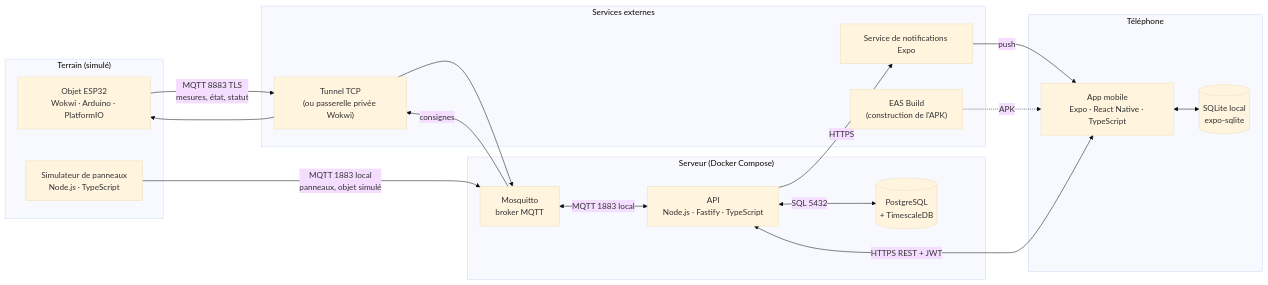
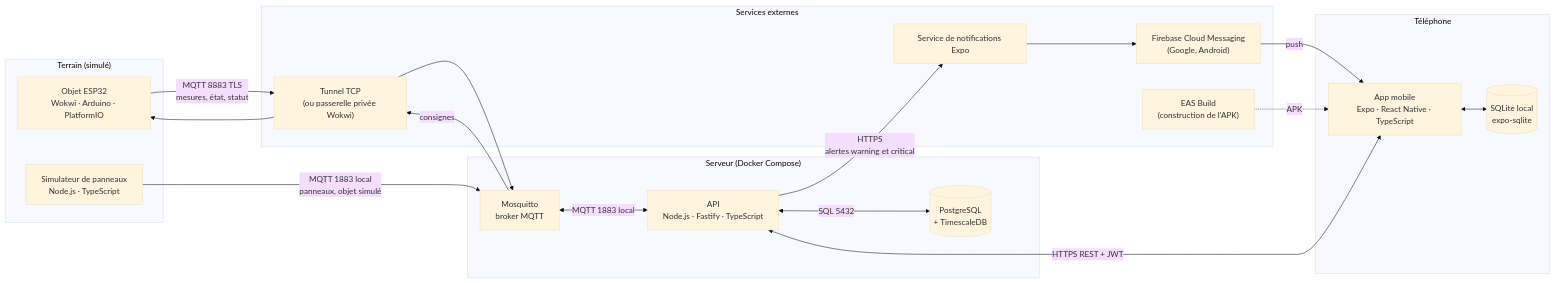
One commit to SamuelLnds/proj-app-mobile-co changed the first of 2 diagrams in docs/conception/03-cartographie-technique.md. Above: the diagram before and after it, drawn with Mermaid (base theme). The commit also changed other lines of this file and 5 other files, not shown here.

First line of the commit message:
docs(design): remplace ntfy par le push Expo et les notifications locales

````diff
--- a/docs/conception/03-cartographie-technique.md
+++ b/docs/conception/03-cartographie-technique.md
@@ -11,37 +11,39 @@
 ```mermaid
 flowchart LR
   subgraph field["Terrain (simulé)"]
     ESP["Objet ESP32<br/>Wokwi · Arduino · PlatformIO"]
     SIM["Simulateur de panneaux<br/>Node.js · TypeScript"]
   end
 
   subgraph external["Services externes"]
     TUN["Tunnel TCP<br/>(ou passerelle privée Wokwi)"]
     EXPO["Service de notifications Expo"]
+    FCM["Firebase Cloud Messaging<br/>(Google, Android)"]
     EAS["EAS Build<br/>(construction de l'APK)"]
   end
 
   subgraph server["Serveur (Docker Compose)"]
     API["API<br/>Node.js · Fastify · TypeScript"]
     DB[("PostgreSQL<br/>+ TimescaleDB")]
     MQ["Mosquitto<br/>broker MQTT"]
   end
 
   subgraph phone["Téléphone"]
     APP["App mobile<br/>Expo · React Native · TypeScript"]
     LOCAL[("SQLite local<br/>expo-sqlite")]
   end
 
   ESP -- "MQTT 8883 TLS<br/>mesures, état, statut" --> TUN
   TUN --> MQ
   MQ -- "consignes" --> TUN
   TUN --> ESP
   SIM -- "MQTT 1883 local<br/>panneaux, objet simulé" --> MQ
   MQ <-- "MQTT 1883 local" --> API
   API <-- "SQL 5432" --> DB
   APP <-- "HTTPS REST + JWT" --> API
   APP <--> LOCAL
-  API -- "HTTPS" --> EXPO
-  EXPO -- "push" --> APP
+  API -- "HTTPS<br/>alertes warning et critical" --> EXPO
+  EXPO --> FCM
+  FCM -- "push" --> APP
   EAS -. "APK" .-> APP
 ```
````
